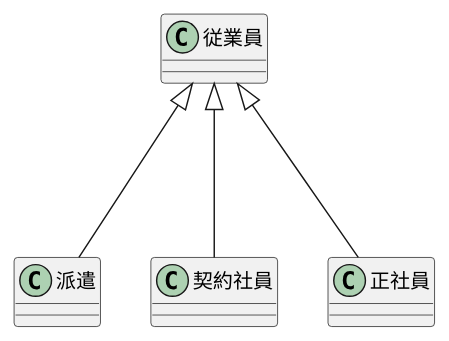
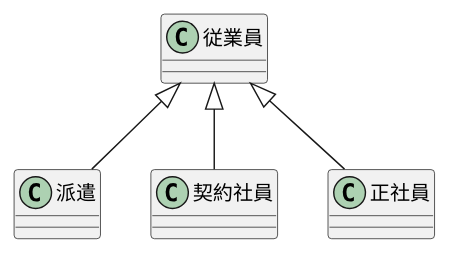
Before and after one commit to SatouSeira/uml-introduction: the diagram in 演習3-1_CL_雇用形態.pu, drawn with PlantUML.

Commit message:
syuranohonoo

```diff
--- a/演習3-1_CL_雇用形態.pu
+++ b/演習3-1_CL_雇用形態.pu
@@ -1,9 +1,9 @@
 @startuml
 class 従業員
 class 派遣
 class 契約社員
 class 正社員
-従業員 <|--- 派遣
-従業員 <|--- 契約社員
-従業員 <|--- 正社員
+従業員 <|-- 派遣
+従業員 <|-- 契約社員
+従業員 <|-- 正社員
 @enduml
```
